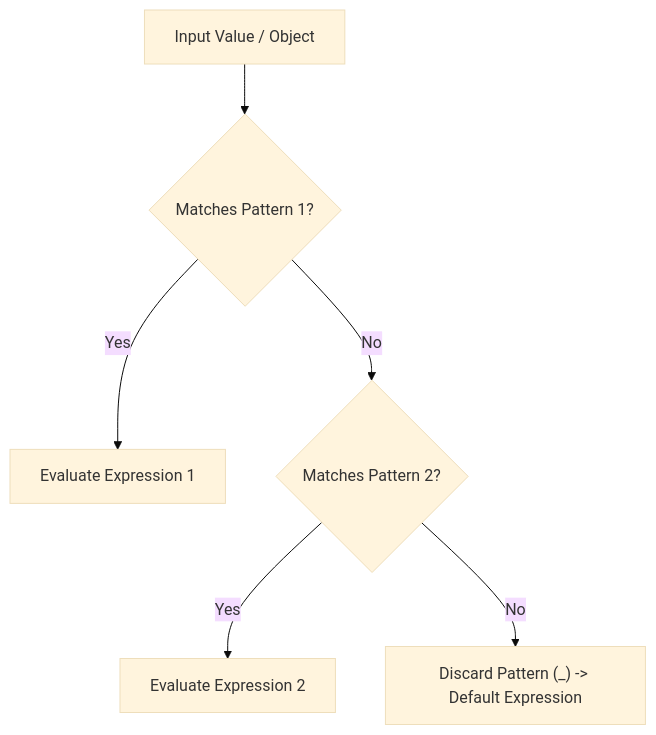
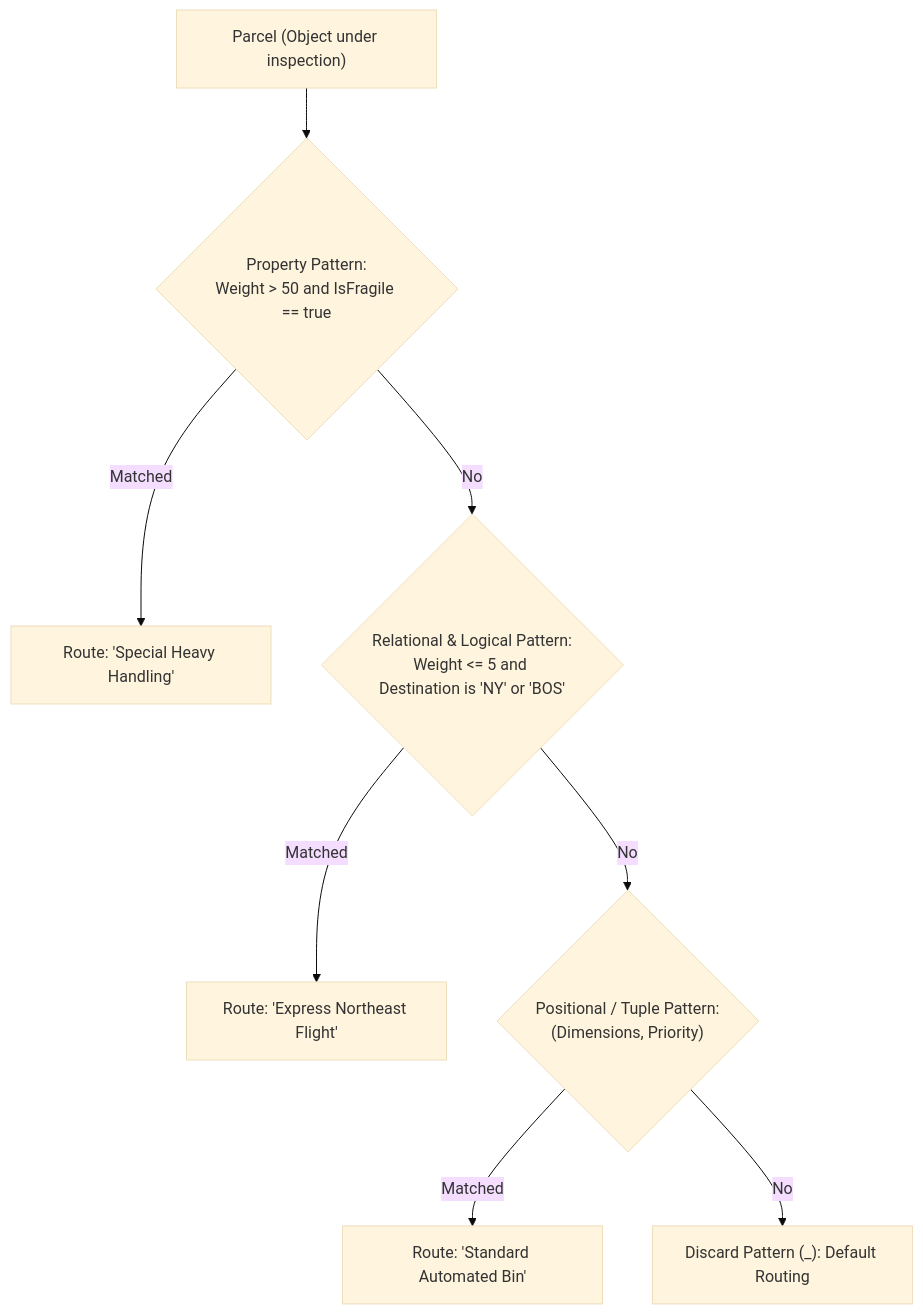
One commit to Singhkunall/Csharp-learning changed the diagram in Main/Topics/04_DecisionMakingAndLoops/README.md. Above: the diagram before and after it, drawn with Mermaid (base theme). The commit also changed other lines of this file and 19 other files, not shown here.

Commit message:
Enhance: In-depth story-driven theory, architecture diagrams, and comprehensive code for Phases 1 & 2 (Topics 01-10)

````diff
--- a/Main/Topics/04_DecisionMakingAndLoops/README.md
+++ b/Main/Topics/04_DecisionMakingAndLoops/README.md
@@ -26,8 +40,10 @@
 ```mermaid
 flowchart TD
-    Input["Input Value / Object"] --> Check1{"Matches Pattern 1?"}
-    Check1 -- Yes --> Result1["Evaluate Expression 1"]
-    Check1 -- No --> Check2{"Matches Pattern 2?"}
-    Check2 -- Yes --> Result2["Evaluate Expression 2"]
-    Check2 -- No --> DefaultCase["Discard Pattern (_) -> Default Expression"]
+    Parcel["Parcel (Object under inspection)"] --> P1{"Property Pattern:<br/>Weight > 50 and IsFragile == true"}
+    P1 -- Matched --> R1["Route: 'Special Heavy Handling'"]
+    P1 -- No --> P2{"Relational & Logical Pattern:<br/>Weight <= 5 and Destination is 'NY' or 'BOS'"}
+    P2 -- Matched --> R2["Route: 'Express Northeast Flight'"]
+    P2 -- No --> P3{"Positional / Tuple Pattern:<br/>(Dimensions, Priority)"}
+    P3 -- Matched --> R3["Route: 'Standard Automated Bin'"]
+    P3 -- No --> Fallback["Discard Pattern (_): Default Routing"]
 ```
````
